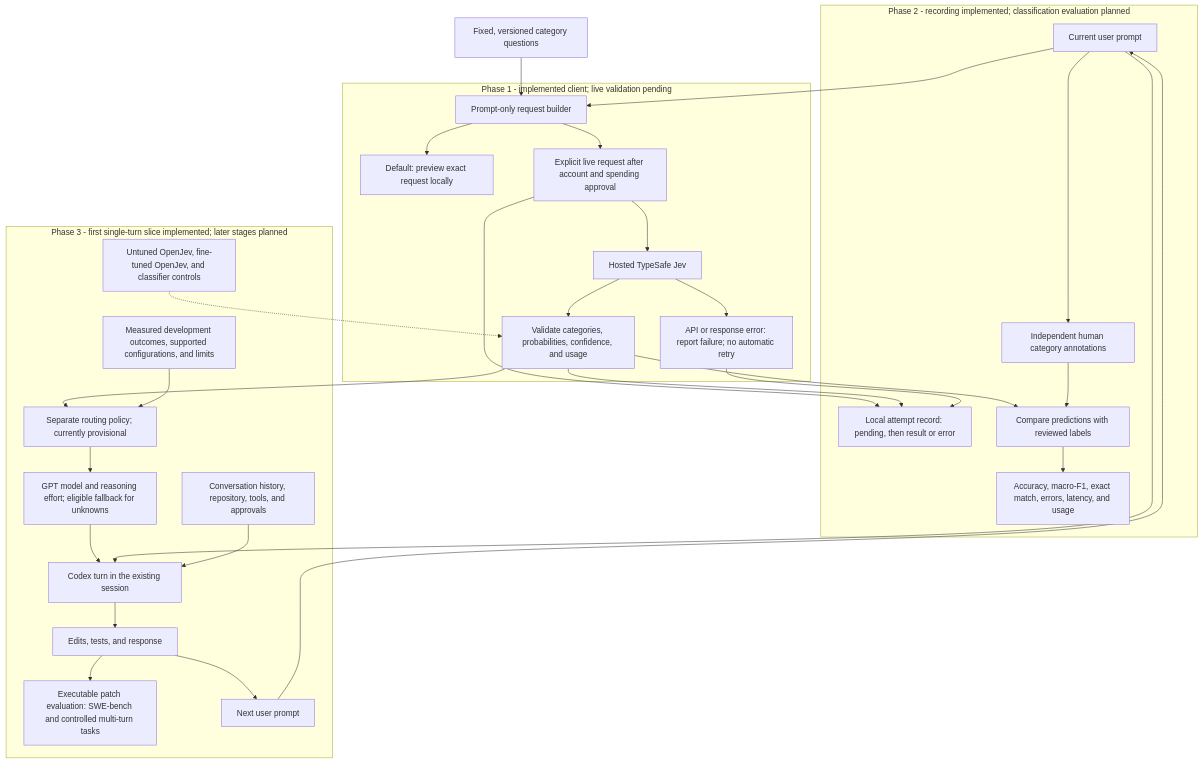
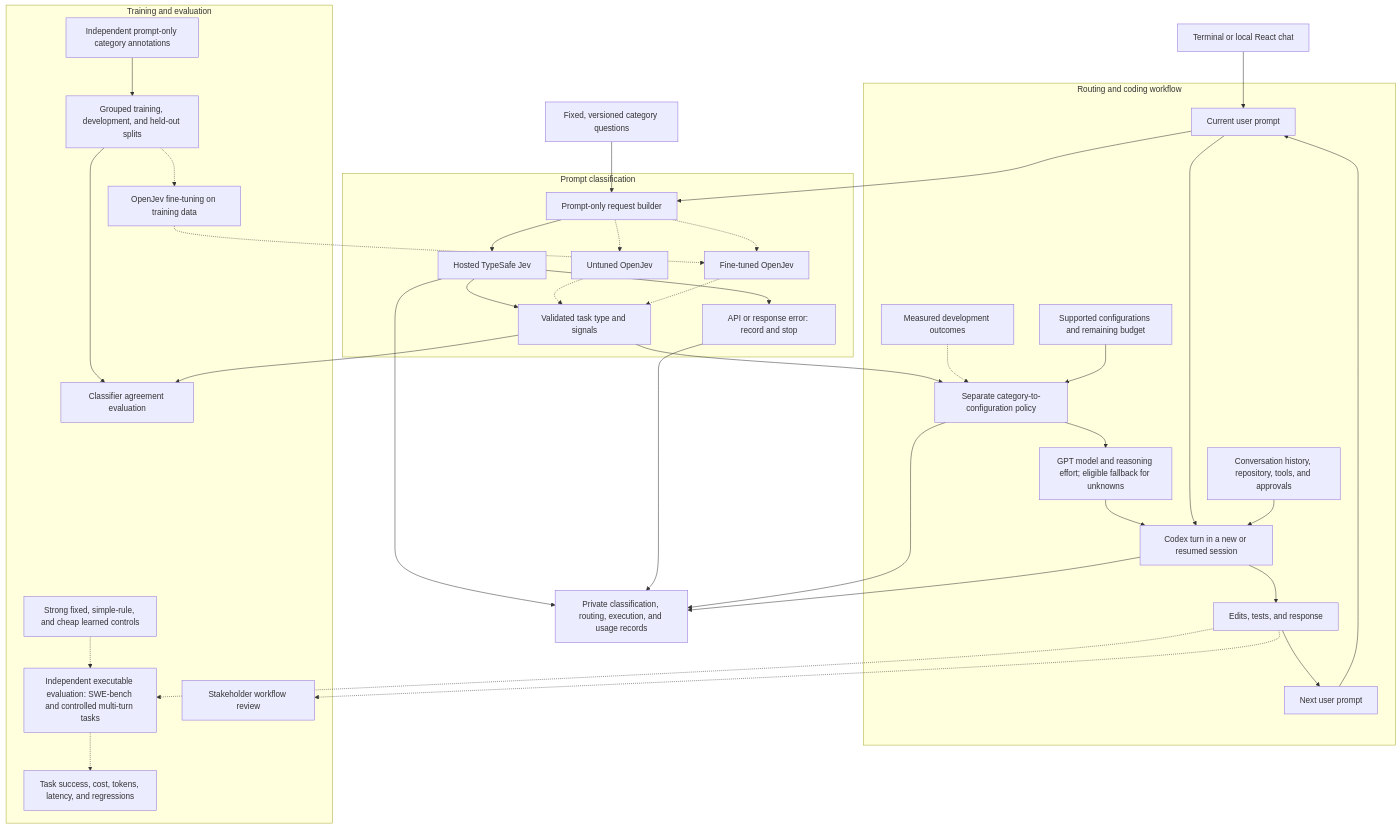
The diagram in README.md (AadiBiyani/Adaptive_Coding_Agents), drawn with Mermaid before and after one commit. The commit also changed other lines of this file and 60 other files, not shown here.

First line of the commit message:
feat: add local chat, spending, and evaluation UI

````diff
--- a/README.md
+++ b/README.md
@@ -58,37 +13,46 @@
 ```mermaid
 flowchart TD
+    UI["Terminal or local React chat"] --> P
     P["Current user prompt"] --> B["Prompt-only request builder"]
     Q["Fixed, versioned category questions"] --> B
 
-    subgraph P1["Phase 1 - implemented client; live validation pending"]
-        B --> V["Default: preview exact request locally"]
-        B --> G["Explicit live request after account and spending approval"]
-        G --> J["Hosted TypeSafe Jev"]
-        J --> C["Validate categories, probabilities, confidence, and usage"]
-        J --> E["API or response error: report failure; no automatic retry"]
+    subgraph CLASSIFY["Prompt classification"]
+        B --> J["Hosted TypeSafe Jev"]
+        B -.-> U["Untuned OpenJev"]
+        B -.-> F["Fine-tuned OpenJev"]
+        J --> C["Validated task type and signals"]
+        U -.-> C
+        F -.-> C
+        J --> ERR["API or response error: record and stop"]
     end
 
-    subgraph P2["Phase 2 - recording implemented; classification evaluation planned"]
-        G --> LOG["Local attempt record: pending, then result or error"]
-        C --> LOG
-        E --> LOG
-        P --> H["Independent human category annotations"]
-        C --> A["Compare predictions with reviewed labels"]
-        H --> A
-        A --> M["Accuracy, macro-F1, exact match, errors, latency, and usage"]
-    end
-
-    subgraph P3["Phase 3 - first single-turn slice implemented; later stages planned"]
-        ALT["Untuned OpenJev, fine-tuned OpenJev, and classifier controls"] -.-> C
-        C --> R["Separate routing policy; currently provisional"]
-        O["Measured development outcomes, supported configurations, and limits"] --> R
+    subgraph ROUTE["Routing and coding workflow"]
+        C --> R["Separate category-to-configuration policy"]
+        DEV["Measured development outcomes"] -.-> R
+        LIMITS["Supported configurations and remaining budget"] --> R
         R --> S["GPT model and reasoning effort; eligible fallback for unknowns"]
-        S --> X["Codex turn in the existing session"]
+        S --> X["Codex turn in a new or resumed session"]
         P --> X
-        K["Conversation history, repository, tools, and approvals"] --> X
+        CTX["Conversation history, repository, tools, and approvals"] --> X
         X --> T["Edits, tests, and response"]
-        T --> EV["Executable patch evaluation: SWE-bench and controlled multi-turn tasks"]
         T --> N["Next user prompt"]
         N --> P
     end
+
+    subgraph RESEARCH["Training and evaluation"]
+        H["Independent prompt-only category annotations"] --> SPLIT["Grouped training, development, and held-out splits"]
+        SPLIT -.-> FT["OpenJev fine-tuning on training data"]
+        FT -.-> F
+        SPLIT --> A["Classifier agreement evaluation"]
+        C --> A
+        T -.-> EV["Independent executable evaluation: SWE-bench and controlled multi-turn tasks"]
+        BASE["Strong fixed, simple-rule, and cheap learned controls"] -.-> EV
+        EV -.-> RESULTS["Task success, cost, tokens, latency, and regressions"]
+        T -.-> FEEDBACK["Stakeholder workflow review"]
+    end
+
+    J --> LOG["Private classification, routing, execution, and usage records"]
+    ERR --> LOG
+    R --> LOG
+    X --> LOG
 ```
````
